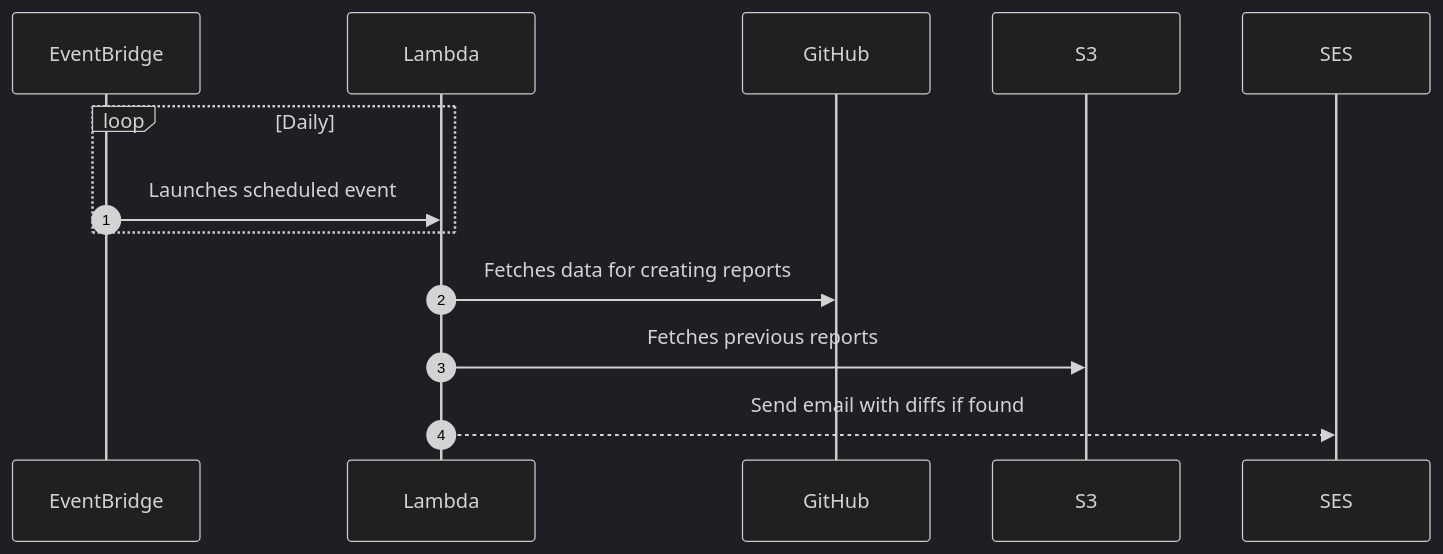
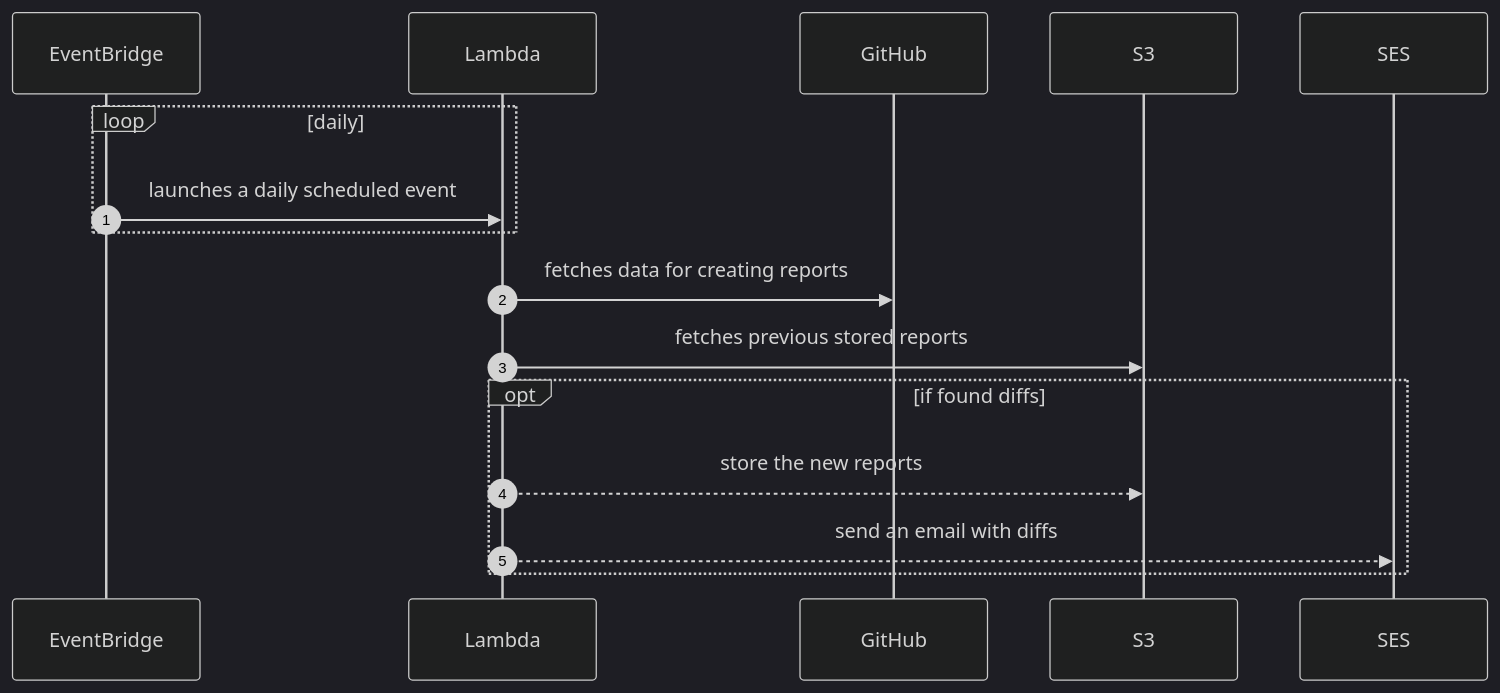
Before and after one commit to TomerFi/github-management-scripts: the diagram in .github/README.md, drawn with Mermaid (dark theme). The commit also changed other lines of this file, not shown here.

````diff
--- a/.github/README.md
+++ b/.github/README.md
@@ -6,10 +19,13 @@
-```mermaid
-  sequenceDiagram
-    autonumber
-    loop Daily
-      EventBridge->>Lambda: Launches scheduled event
-    end
-    Lambda->>GitHub: Fetches data for creating reports
-    Lambda->>S3: Fetches previous reports
-    Lambda-->>SES: Send email with diffs if found
-```
+  ```mermaid
+    sequenceDiagram
+      autonumber
+      loop daily
+        EventBridge->>Lambda: launches a daily scheduled event
+      end
+      Lambda->>GitHub: fetches data for creating reports
+      Lambda->>S3: fetches previous stored reports
+      opt if found diffs
+        Lambda-->>S3: store the new reports
+        Lambda-->>SES: send an email with diffs
+      end
+  ```
````
